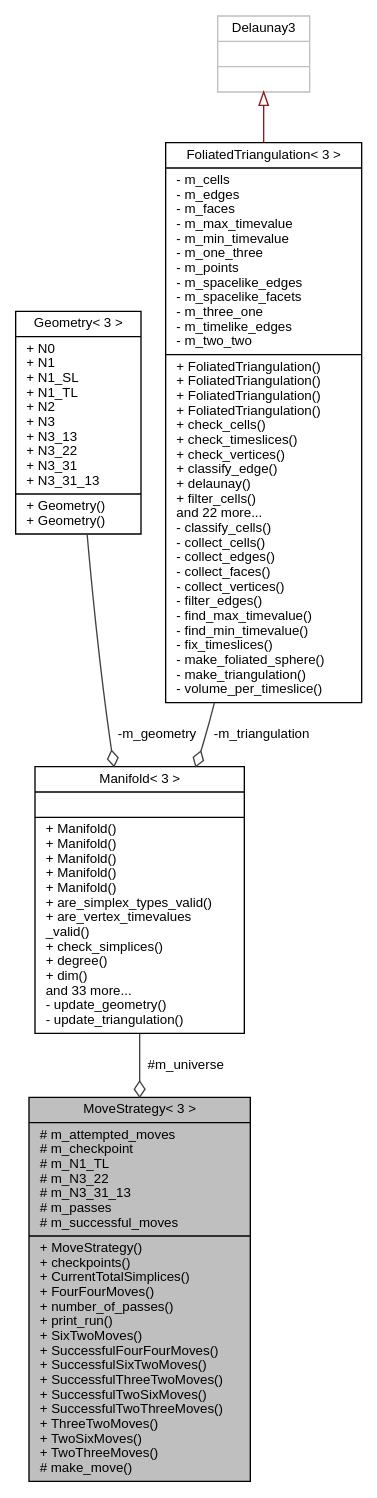
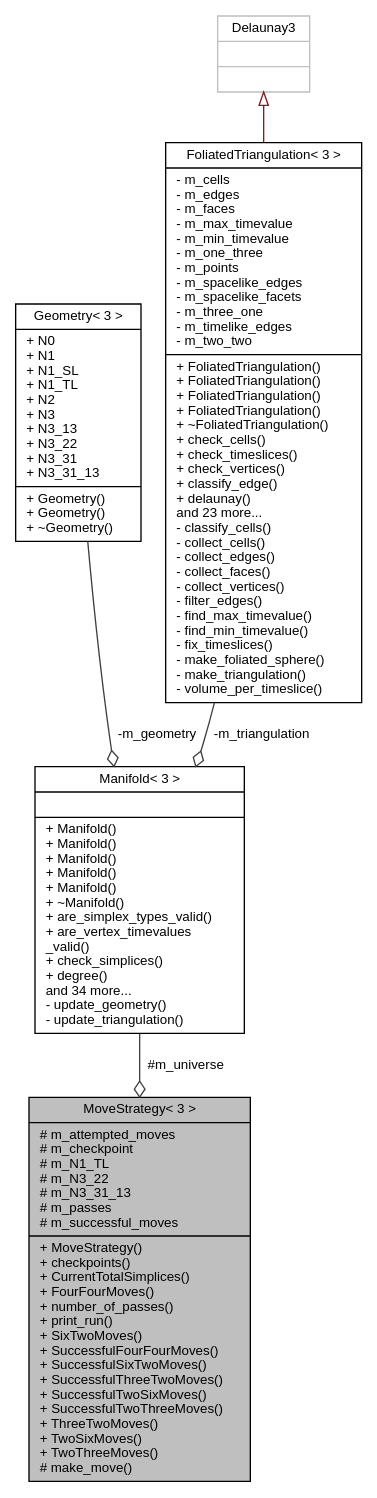
One commit to acgetchell/CDT-plusplus changed the diagram in class_move_strategy_3_013_01_4__coll__graph.dot. Above: the diagram before and after it, drawn with Graphviz. The commit also changed 250 other files, not shown here.

```diff
--- a/class_move_strategy_3_013_01_4__coll__graph.dot
+++ b/class_move_strategy_3_013_01_4__coll__graph.dot
@@ -1,15 +1,15 @@
 digraph "MoveStrategy&lt; 3 &gt;"
 {
  // LATEX_PDF_SIZE
   edge [fontname="Helvetica",fontsize="10",labelfontname="Helvetica",labelfontsize="10"];
   node [fontname="Helvetica",fontsize="10",shape=record];
   Node1 [label="{MoveStrategy\< 3 \>\n|# m_attempted_moves\l# m_checkpoint\l# m_N1_TL\l# m_N3_22\l# m_N3_31_13\l# m_passes\l# m_successful_moves\l|+ MoveStrategy()\l+ checkpoints()\l+ CurrentTotalSimplices()\l+ FourFourMoves()\l+ number_of_passes()\l+ print_run()\l+ SixTwoMoves()\l+ SuccessfulFourFourMoves()\l+ SuccessfulSixTwoMoves()\l+ SuccessfulThreeTwoMoves()\l+ SuccessfulTwoSixMoves()\l+ SuccessfulTwoThreeMoves()\l+ ThreeTwoMoves()\l+ TwoSixMoves()\l+ TwoThreeMoves()\l# make_move()\l}",height=0.2,width=0.4,color="black", fillcolor="grey75", style="filled", fontcolor="black",tooltip=" "];
   Node2 -> Node1 [color="grey25",fontsize="10",style="solid",label=" #m_universe" ,arrowhead="odiamond",fontname="Helvetica"];
-  Node2 [label="{Manifold\< 3 \>\n||+ Manifold()\l+ Manifold()\l+ Manifold()\l+ Manifold()\l+ Manifold()\l+ are_simplex_types_valid()\l+ are_vertex_timevalues\l_valid()\l+ check_simplices()\l+ degree()\l+ dim()\land 33 more...\l- update_geometry()\l- update_triangulation()\l}",height=0.2,width=0.4,color="black", fillcolor="white", style="filled",URL="$class_manifold_3_013_01_4.html",tooltip="3D Manifold"];
+  Node2 [label="{Manifold\< 3 \>\n||+ Manifold()\l+ Manifold()\l+ Manifold()\l+ Manifold()\l+ Manifold()\l+ ~Manifold()\l+ are_simplex_types_valid()\l+ are_vertex_timevalues\l_valid()\l+ check_simplices()\l+ degree()\land 34 more...\l- update_geometry()\l- update_triangulation()\l}",height=0.2,width=0.4,color="black", fillcolor="white", style="filled",URL="$class_manifold_3_013_01_4.html",tooltip="3D Manifold"];
   Node3 -> Node2 [color="grey25",fontsize="10",style="solid",label=" -m_geometry" ,arrowhead="odiamond",fontname="Helvetica"];
-  Node3 [label="{Geometry\< 3 \>\n|+ N0\l+ N1\l+ N1_SL\l+ N1_TL\l+ N2\l+ N3\l+ N3_13\l+ N3_22\l+ N3_31\l+ N3_31_13\l|+ Geometry()\l+ Geometry()\l}",height=0.2,width=0.4,color="black", fillcolor="white", style="filled",URL="$struct_geometry_3_013_01_4.html",tooltip="3D Geometry"];
+  Node3 [label="{Geometry\< 3 \>\n|+ N0\l+ N1\l+ N1_SL\l+ N1_TL\l+ N2\l+ N3\l+ N3_13\l+ N3_22\l+ N3_31\l+ N3_31_13\l|+ Geometry()\l+ Geometry()\l+ ~Geometry()\l}",height=0.2,width=0.4,color="black", fillcolor="white", style="filled",URL="$struct_geometry_3_013_01_4.html",tooltip="3D Geometry"];
   Node4 -> Node2 [color="grey25",fontsize="10",style="solid",label=" -m_triangulation" ,arrowhead="odiamond",fontname="Helvetica"];
-  Node4 [label="{FoliatedTriangulation\< 3 \>\n|- m_cells\l- m_edges\l- m_faces\l- m_max_timevalue\l- m_min_timevalue\l- m_one_three\l- m_points\l- m_spacelike_edges\l- m_spacelike_facets\l- m_three_one\l- m_timelike_edges\l- m_two_two\l|+ FoliatedTriangulation()\l+ FoliatedTriangulation()\l+ FoliatedTriangulation()\l+ FoliatedTriangulation()\l+ check_cells()\l+ check_timeslices()\l+ check_vertices()\l+ classify_edge()\l+ delaunay()\l+ filter_cells()\land 22 more...\l- classify_cells()\l- collect_cells()\l- collect_edges()\l- collect_faces()\l- collect_vertices()\l- filter_edges()\l- find_max_timevalue()\l- find_min_timevalue()\l- fix_timeslices()\l- make_foliated_sphere()\l- make_triangulation()\l- volume_per_timeslice()\l}",height=0.2,width=0.4,color="black", fillcolor="white", style="filled",URL="$class_foliated_triangulation_3_013_01_4.html",tooltip="3D Triangulation"];
+  Node4 [label="{FoliatedTriangulation\< 3 \>\n|- m_cells\l- m_edges\l- m_faces\l- m_max_timevalue\l- m_min_timevalue\l- m_one_three\l- m_points\l- m_spacelike_edges\l- m_spacelike_facets\l- m_three_one\l- m_timelike_edges\l- m_two_two\l|+ FoliatedTriangulation()\l+ FoliatedTriangulation()\l+ FoliatedTriangulation()\l+ FoliatedTriangulation()\l+ ~FoliatedTriangulation()\l+ check_cells()\l+ check_timeslices()\l+ check_vertices()\l+ classify_edge()\l+ delaunay()\land 23 more...\l- classify_cells()\l- collect_cells()\l- collect_edges()\l- collect_faces()\l- collect_vertices()\l- filter_edges()\l- find_max_timevalue()\l- find_min_timevalue()\l- fix_timeslices()\l- make_foliated_sphere()\l- make_triangulation()\l- volume_per_timeslice()\l}",height=0.2,width=0.4,color="black", fillcolor="white", style="filled",URL="$class_foliated_triangulation_3_013_01_4.html",tooltip="3D Triangulation"];
   Node5 -> Node4 [dir="back",color="firebrick4",fontsize="10",style="solid",arrowtail="onormal",fontname="Helvetica"];
   Node5 [label="{Delaunay3\n||}",height=0.2,width=0.4,color="grey75", fillcolor="white", style="filled",tooltip=" "];
 }
```
